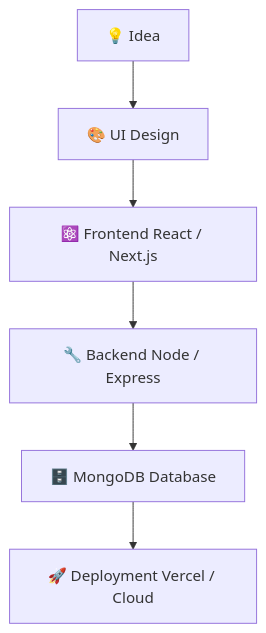
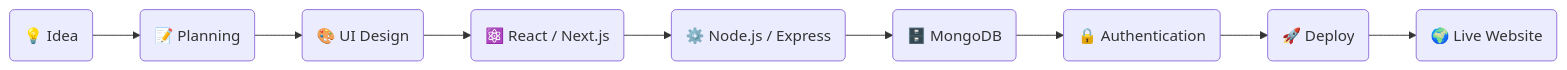
The diagram in README.md (mdkamrul50/mdkamrul50), drawn with Mermaid before and after one commit. The commit also changed other lines of this file, not shown here.

Commit message:
Refactor README by removing style section and updating mindset
Removed 'Developer Style' section and updated 'Developer Mindset' to 'From Idea to Production' with a new flowchart.

````diff
--- a/README.md
+++ b/README.md
@@ -83,8 +77,14 @@
 ```mermaid
-flowchart TD
-A[💡 Idea] --> B[🎨 UI Design]
-B --> C[⚛️ Frontend React / Next.js]
-C --> D[🔧 Backend Node / Express]
-D --> E[🗄️ MongoDB Database]
-E --> F[🚀 Deployment Vercel / Cloud]
+graph LR
+    A(💡 Idea)
+    B(📝 Planning)
+    C(🎨 UI Design)
+    D(⚛️ React / Next.js)
+    E(⚙️ Node.js / Express)
+    F(🗄️ MongoDB)
+    G(🔒 Authentication)
+    H(🚀 Deploy)
+    I(🌍 Live Website)
+
+    A --> B --> C --> D --> E --> F --> G --> H --> I
 ```
````
